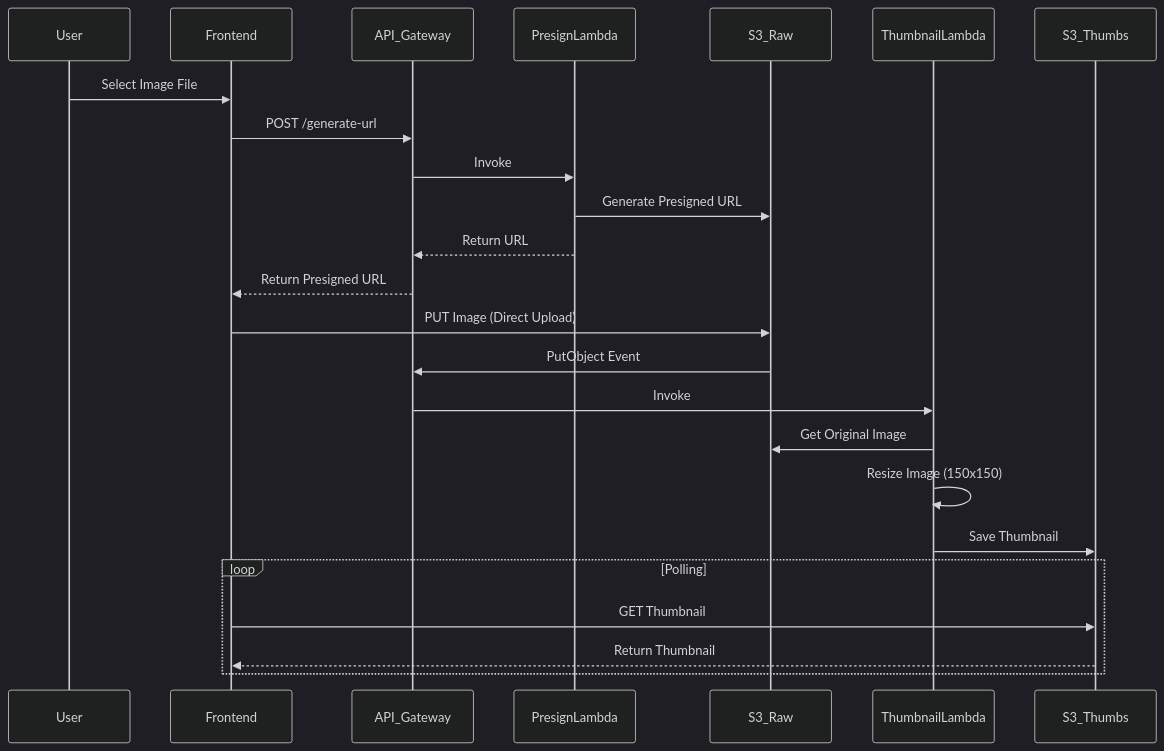
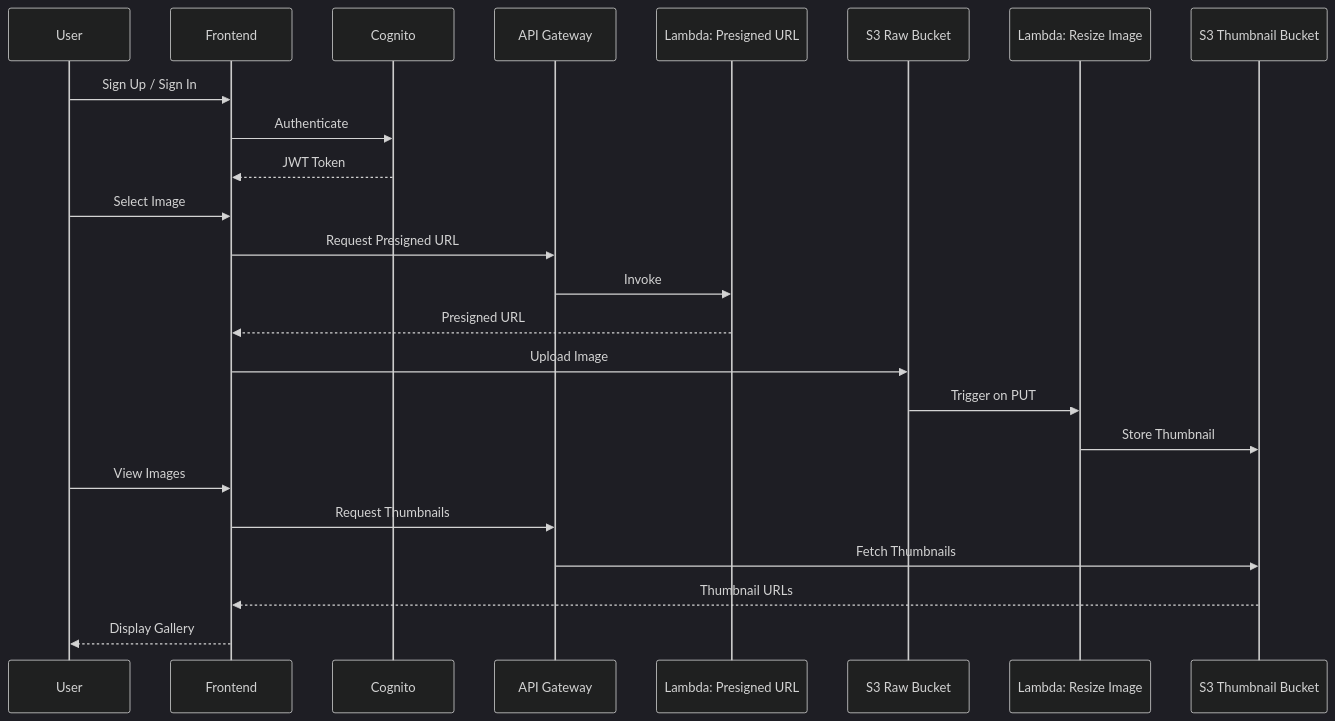
One commit to guderian120/s3_photo_sharing changed the second of 2 diagrams in Readme.md. Above: the diagram before and after it, drawn with Mermaid (dark theme). The commit also changed other lines of this file and 10 other files, not shown here.

````diff
--- a/Readme.md
+++ b/Readme.md
@@ -35,27 +66,27 @@
 ```mermaid
 sequenceDiagram
-    participant User
-    participant Frontend
-    participant API_Gateway
-    participant PresignLambda
-    participant S3_Raw
-    participant ThumbnailLambda
-    participant S3_Thumbs
-    
-    User->>Frontend: Select Image File
-    Frontend->>API_Gateway: POST /generate-url
-    API_Gateway->>PresignLambda: Invoke
-    PresignLambda->>S3_Raw: Generate Presigned URL
-    PresignLambda-->>API_Gateway: Return URL
-    API_Gateway-->>Frontend: Return Presigned URL
-    Frontend->>S3_Raw: PUT Image (Direct Upload)
-    S3_Raw->>API_Gateway: PutObject Event
-    API_Gateway->>ThumbnailLambda: Invoke
-    ThumbnailLambda->>S3_Raw: Get Original Image
-    ThumbnailLambda->>ThumbnailLambda: Resize Image (150x150)
-    ThumbnailLambda->>S3_Thumbs: Save Thumbnail
-    loop Polling
-        Frontend->>S3_Thumbs: GET Thumbnail
-        S3_Thumbs-->>Frontend: Return Thumbnail
-    end
+    participant U as User
+    participant F as Frontend
+    participant C as Cognito
+    participant A as API Gateway
+    participant L1 as Lambda: Presigned URL
+    participant S1 as S3 Raw Bucket
+    participant L2 as Lambda: Resize Image
+    participant S2 as S3 Thumbnail Bucket
+
+    U->>F: Sign Up / Sign In
+    F->>C: Authenticate
+    C-->>F: JWT Token
+    U->>F: Select Image
+    F->>A: Request Presigned URL
+    A->>L1: Invoke
+    L1-->>F: Presigned URL
+    F->>S1: Upload Image
+    S1->>L2: Trigger on PUT
+    L2->>S2: Store Thumbnail
+    U->>F: View Images
+    F->>A: Request Thumbnails
+    A->>S2: Fetch Thumbnails
+    S2-->>F: Thumbnail URLs
+    F-->>U: Display Gallery
 ```
````
